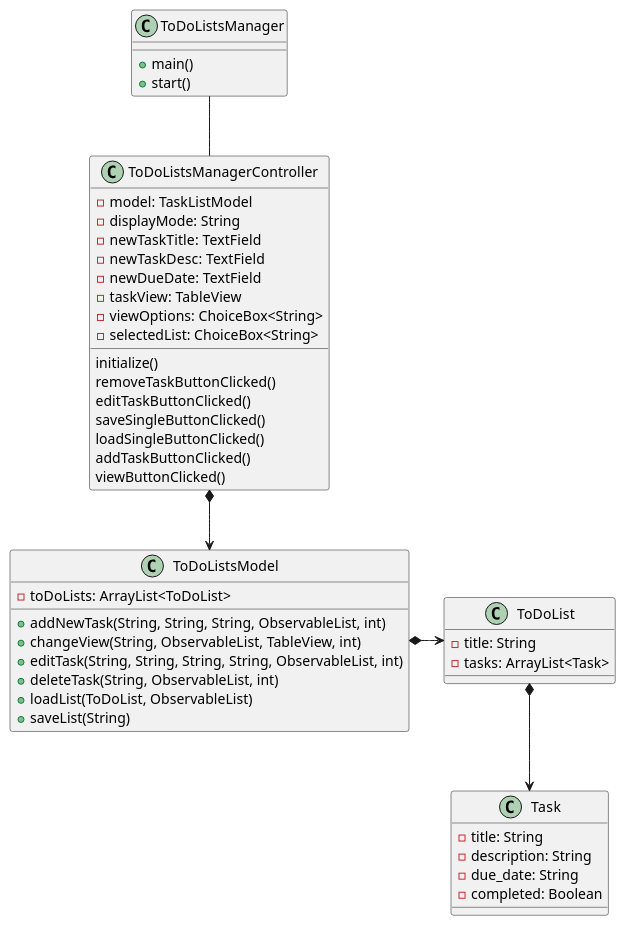
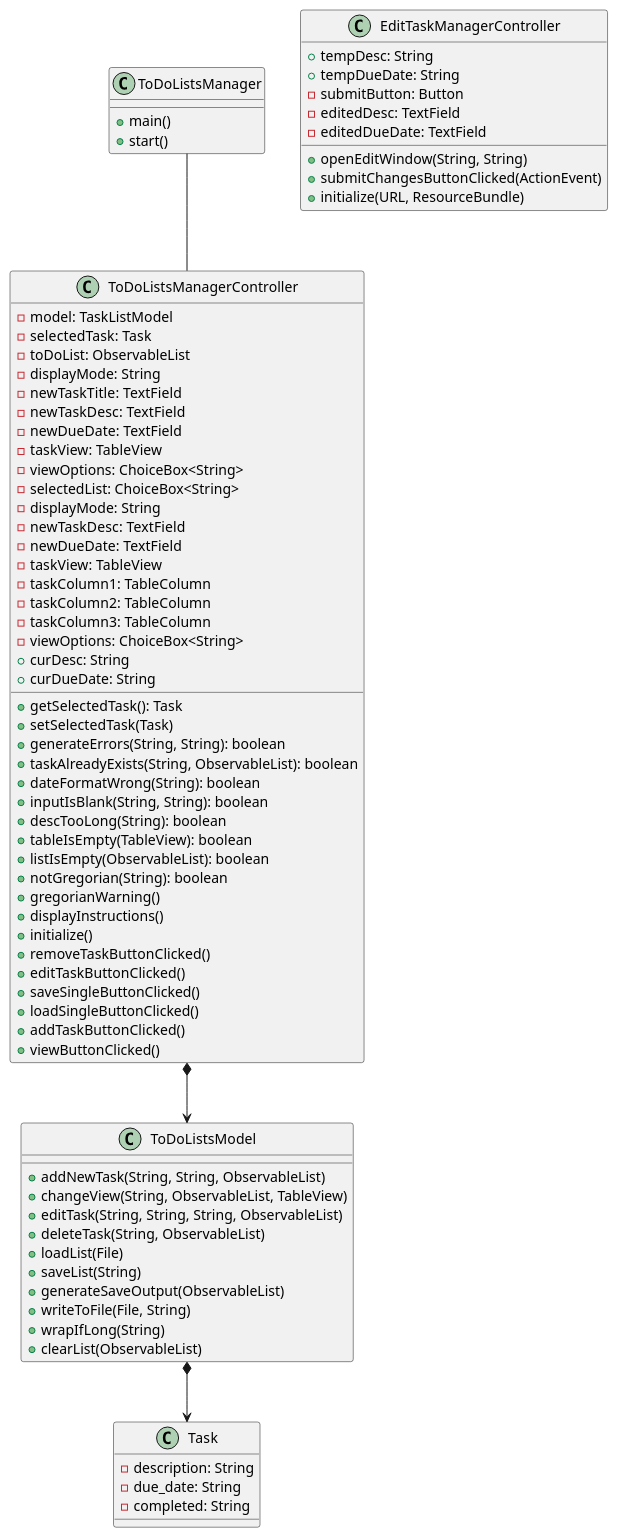
Before and after one commit to carcmross/cross-cop3330-assignment4part2: the diagram in uml/Assignment4ClassDiagram.puml, drawn with PlantUML. The commit also changed 8 other files, not shown here.

```diff
--- a/uml/Assignment4ClassDiagram.puml
+++ b/uml/Assignment4ClassDiagram.puml
@@ -1,57 +1,86 @@
 @startuml
 'https://plantuml.com/class-diagram
 
 class ToDoListsManager {
     + main()
     + start()
 }
 
 class ToDoListsManagerController {
     - model: TaskListModel
+    - selectedTask: Task
+    - toDoList: ObservableList
     - displayMode: String
     - newTaskTitle: TextField
     - newTaskDesc: TextField
     - newDueDate: TextField
     - taskView: TableView
     - viewOptions: ChoiceBox<String>
     - selectedList: ChoiceBox<String>
-
-    initialize()
-    removeTaskButtonClicked()
-    editTaskButtonClicked()
-    saveSingleButtonClicked()
-    loadSingleButtonClicked()
-    addTaskButtonClicked()
-    viewButtonClicked()
+    - displayMode: String
+    - newTaskDesc: TextField
+    - newDueDate: TextField
+    - taskView: TableView
+    - taskColumn1: TableColumn
+    - taskColumn2: TableColumn
+    - taskColumn3: TableColumn
+    - viewOptions: ChoiceBox<String>
+    + curDesc: String
+    + curDueDate: String
+    + getSelectedTask(): Task
+    + setSelectedTask(Task)
+    + generateErrors(String, String): boolean
+    + taskAlreadyExists(String, ObservableList): boolean
+    + dateFormatWrong(String): boolean
+    + inputIsBlank(String, String): boolean
+    + descTooLong(String): boolean
+    + tableIsEmpty(TableView): boolean
+    + listIsEmpty(ObservableList): boolean
+    + notGregorian(String): boolean
+    + gregorianWarning()
+    + displayInstructions()
+    + initialize()
+    + removeTaskButtonClicked()
+    + editTaskButtonClicked()
+    + saveSingleButtonClicked()
+    + loadSingleButtonClicked()
+    + addTaskButtonClicked()
+    + viewButtonClicked()
 }
 
 class ToDoListsModel {
-    - toDoLists: ArrayList<ToDoList>
-
-    + addNewTask(String, String, String, ObservableList, int)
-    + changeView(String, ObservableList, TableView, int)
-    + editTask(String, String, String, String, ObservableList, int)
-    + deleteTask(String, ObservableList, int)
-    + loadList(ToDoList, ObservableList)
+    + addNewTask(String, String, ObservableList)
+    + changeView(String, ObservableList, TableView)
+    + editTask(String, String, String, ObservableList)
+    + deleteTask(String, ObservableList)
+    + loadList(File)
     + saveList(String)
-}
-
-class ToDoList {
-    - title: String
-    - tasks: ArrayList<Task>
+    + generateSaveOutput(ObservableList)
+    + writeToFile(File, String)
+    + wrapIfLong(String)
+    + clearList(ObservableList)
 }
 
 class Task {
-    - title: String
     - description: String
     - due_date: String
-    - completed: Boolean
+    - completed: String
 }
 
+class EditTaskManagerController {
+    + tempDesc: String
+    + tempDueDate: String
+    - submitButton: Button
+    - editedDesc: TextField
+    - editedDueDate: TextField
+
+    + openEditWindow(String, String)
+    + submitChangesButtonClicked(ActionEvent)
+    + initialize(URL, ResourceBundle)
+}
 
 ToDoListsManager -- ToDoListsManagerController
 ToDoListsManagerController *--> ToDoListsModel
-ToDoListsModel *-> ToDoList
-ToDoList *--> Task
+ToDoListsModel *--> Task
 
 @enduml
```
